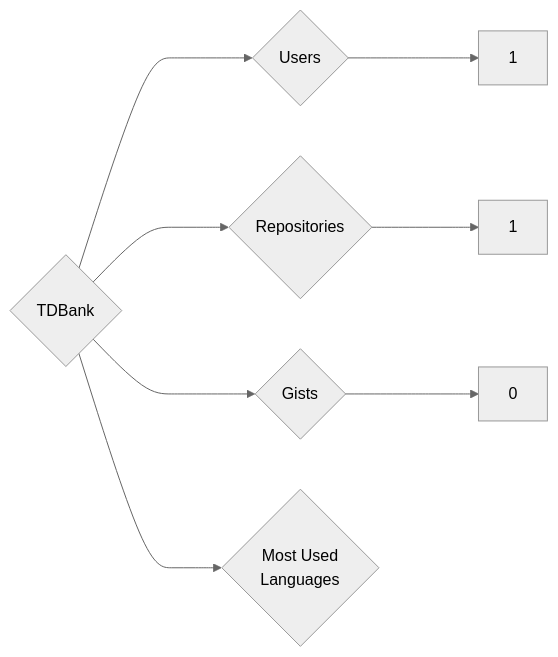
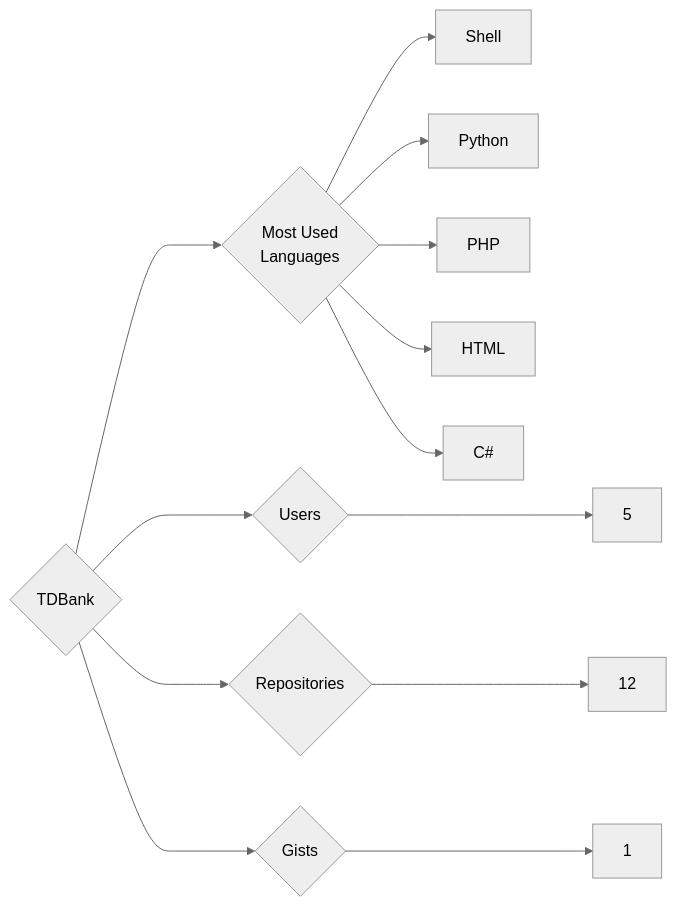
One commit to trickest/insiders changed the diagram in targets/TDBank/README.md. Above: the diagram before and after it, drawn with Mermaid (neutral theme). The commit also changed 1696 other files, not shown here.

````diff
--- a/targets/TDBank/README.md
+++ b/targets/TDBank/README.md
@@ -3,8 +3,13 @@
 ```mermaid
 graph LR
 COMPANY_NAME{TDBank}
-COMPANY_NAME ---> U{Users} ---> UN[1]
-COMPANY_NAME ---> R{Repositories} ---> RN[1]
-COMPANY_NAME ---> G{Gists} ---> GN[0]
+COMPANY_NAME ---> U{Users} ---> UN[5]
+COMPANY_NAME ---> R{Repositories} ---> RN[12]
+COMPANY_NAME ---> G{Gists} ---> GN[1]
 COMPANY_NAME ---> ML{Most Used<br>Languages}
+ML --> Shell[Shell]
+ML --> Python[Python]
+ML --> PHP[PHP]
+ML --> HTML[HTML]
+ML --> C#[C#]
 ```
````
